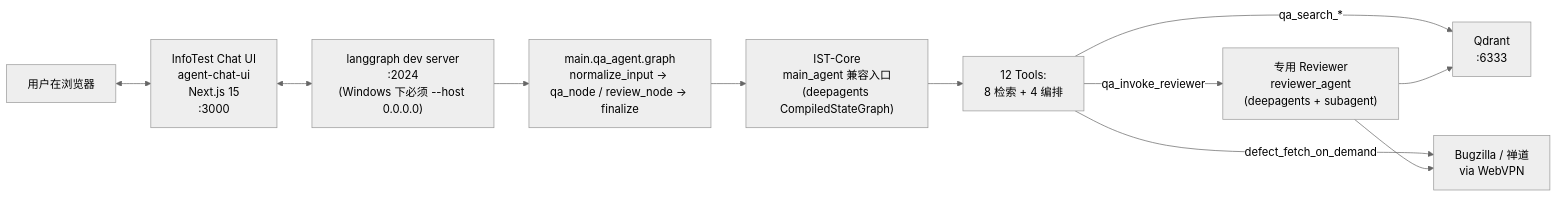
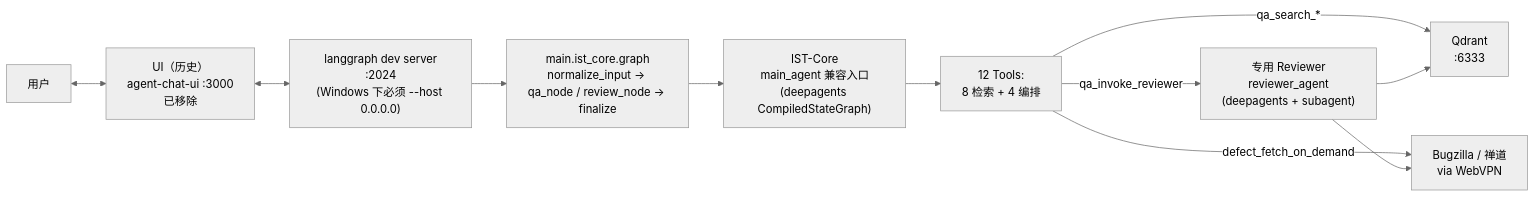
One commit to qingshanfeihu/InfoTest_Engine changed the fifth of 5 diagrams in ARCHITECTURE.md. Above: the diagram before and after it, drawn with Mermaid (neutral theme). The commit also changed other lines of this file and 315 other files, not shown here.

First line of the commit message:
Release v1.0.4: ist_core 迁移收口 + 发布前体检安全/资源修复

````diff
--- a/ARCHITECTURE.md
+++ b/ARCHITECTURE.md
@@ -474,23 +485,23 @@
 ```mermaid
 flowchart LR
-    User[用户在浏览器]
-    UI[InfoTest Chat UI<br/>agent-chat-ui<br/>Next.js 15<br/>:3000]
+    User[用户]
+    UI["UI（历史）<br/>agent-chat-ui :3000<br/>已移除"]
     API["langgraph dev server<br/>:2024<br/>(Windows 下必须 --host 0.0.0.0)"]
-    Graph["main.qa_agent.graph<br/>normalize_input → qa_node / review_node → finalize"]
+    Graph["main.ist_core.graph<br/>normalize_input → qa_node / review_node → finalize"]
     MainAgent["IST-Core<br/>main_agent 兼容入口<br/>(deepagents CompiledStateGraph)"]
     Tools["12 Tools:<br/>8 检索 + 4 编排"]
     Reviewer["专用 Reviewer<br/>reviewer_agent<br/>(deepagents + subagent)"]
     Qdrant[Qdrant<br/>:6333]
     WebVPN[Bugzilla / 禅道<br/>via WebVPN]
 
     User <--> UI
     UI <--> API
     API --> Graph
     Graph --> MainAgent
     MainAgent --> Tools
     Tools -->|qa_search_*| Qdrant
     Tools -->|defect_fetch_on_demand| WebVPN
     Tools -->|qa_invoke_reviewer| Reviewer
     Reviewer --> Qdrant
     Reviewer --> WebVPN
 ```
````
